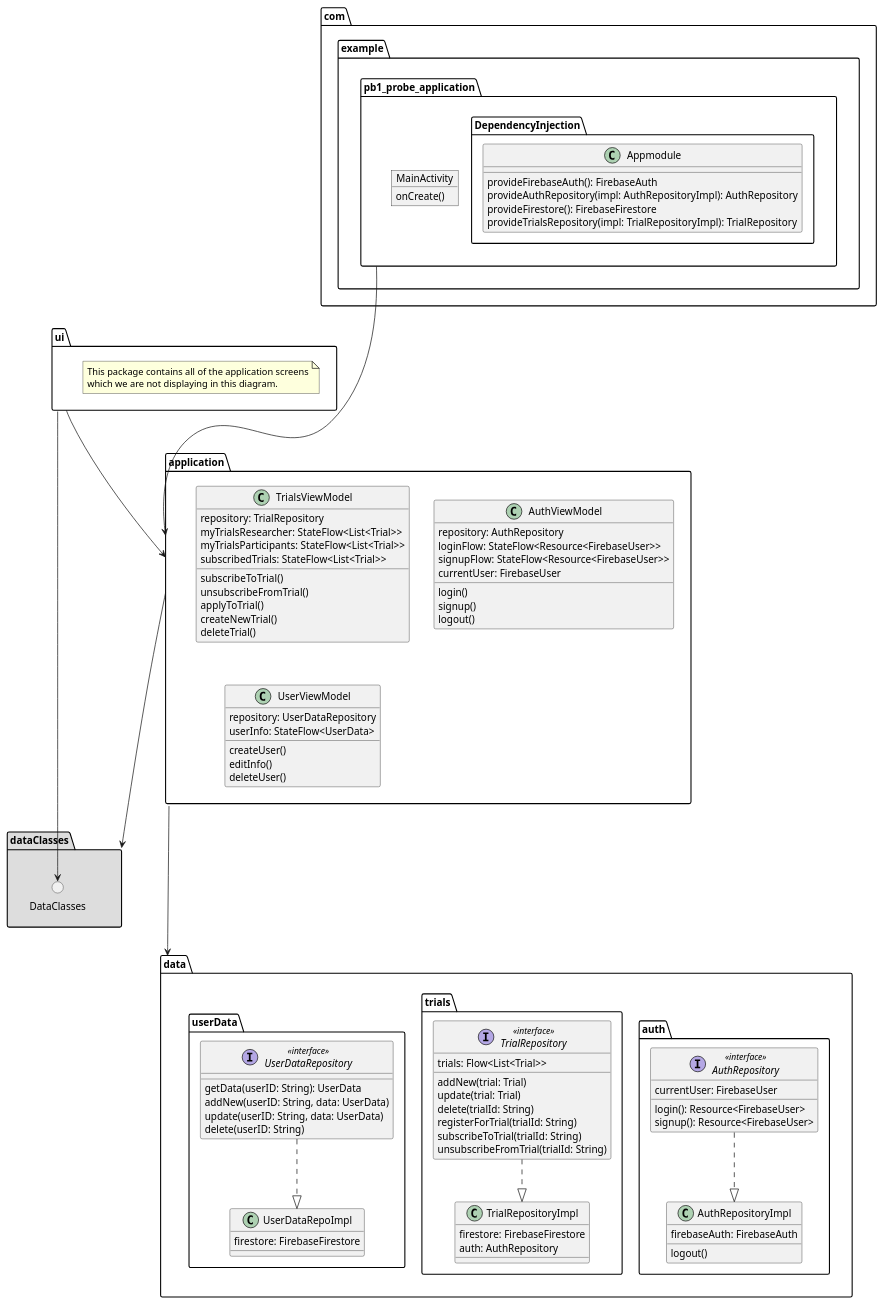
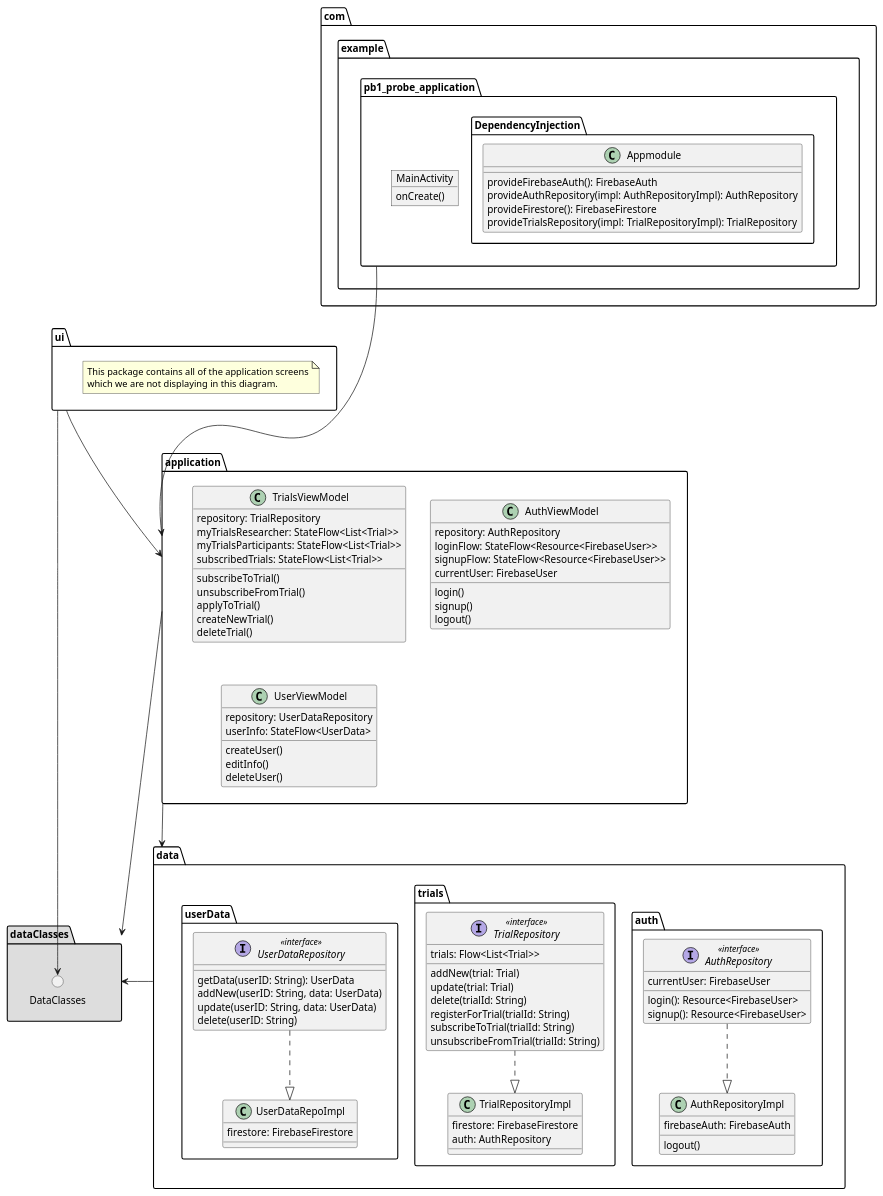
Before and after one commit to MarkBidstrup/PB1: the diagram in PB1ProbeApplication/UML/NewClassDiagram.puml, drawn with PlantUML.

Commit message:
changes in the class diagrams

```diff
--- a/PB1ProbeApplication/UML/NewClassDiagram.puml
+++ b/PB1ProbeApplication/UML/NewClassDiagram.puml
@@ -1,129 +1,130 @@
 @startuml
 'https://plantuml.com/class-diagram
 
 package application {
     class TrialsViewModel {
         repository: TrialRepository
         myTrialsResearcher: StateFlow<List<Trial>>
         myTrialsParticipants: StateFlow<List<Trial>>
         subscribedTrials: StateFlow<List<Trial>>
 
         subscribeToTrial()
         unsubscribeFromTrial()
         applyToTrial()
         createNewTrial()
         deleteTrial()
     }
 
     class AuthViewModel {
         repository: AuthRepository
         loginFlow: StateFlow<Resource<FirebaseUser>>
         signupFlow: StateFlow<Resource<FirebaseUser>>
         currentUser: FirebaseUser
         login()
         signup()
         logout()
     }
 
     class UserViewModel {
         repository: UserDataRepository
         userInfo: StateFlow<UserData>
         createUser()
         editInfo()
         deleteUser()
 
     }
 }
 
 
 package data {
 
     package auth {
 
         interface AuthRepository <<interface>> {
             currentUser: FirebaseUser
             login(): Resource<FirebaseUser>
             signup(): Resource<FirebaseUser>
         }
 
         class AuthRepositoryImpl {
             firebaseAuth: FirebaseAuth
             logout()
         }
 
     }
 
     package trials {
         interface TrialRepository <<interface>> {
             trials: Flow<List<Trial>>
 
             addNew(trial: Trial)
             update(trial: Trial)
             delete(trialId: String)
             registerForTrial(trialId: String)
             subscribeToTrial(trialId: String)
             unsubscribeFromTrial(trialId: String)
         }
 
         class TrialRepositoryImpl {
             firestore: FirebaseFirestore
             auth: AuthRepository
         }
 
     }
 
     package userData {
         interface UserDataRepository <<interface>> {
             getData(userID: String): UserData
             addNew(userID: String, data: UserData)
             update(userID: String, data: UserData)
             delete(userID: String)
         }
 
         class UserDataRepoImpl {
             firestore: FirebaseFirestore
         }
 
     }
 }
 
 package ui {
     note "This package contains all of the application screens\nwhich we are not displaying in this diagram." as note
 }
 
 package com.example.pb1_probe_application {
     object MainActivity {
         onCreate()
     }
 
     package DependencyInjection {
         class Appmodule {
             provideFirebaseAuth(): FirebaseAuth
             provideAuthRepository(impl: AuthRepositoryImpl): AuthRepository
             provideFirestore(): FirebaseFirestore
             provideTrialsRepository(impl: TrialRepositoryImpl): TrialRepository
         }
     }
 }
 
 package dataClasses #DDDDDD {
     () DataClasses
 }
 
 'packages
 com.example.pb1_probe_application ----> application
 application ---d-> data
 ui ---d> application
 ui -----> DataClasses
 application -> dataClasses
+data -> dataClasses
 
 'data package
 AuthRepository ..|> AuthRepositoryImpl
 TrialRepository ..|> TrialRepositoryImpl
 UserDataRepository ..|> UserDataRepoImpl
 
 
 
 
 
 @enduml
```
